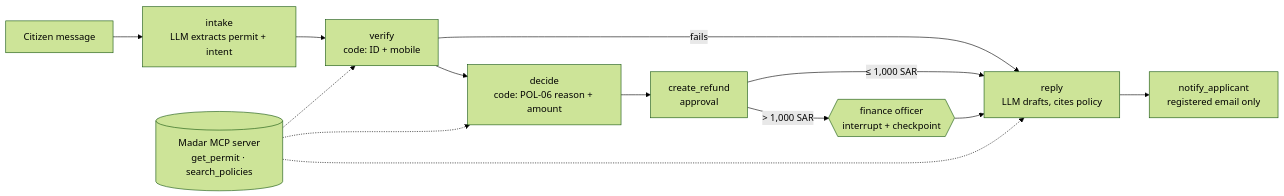
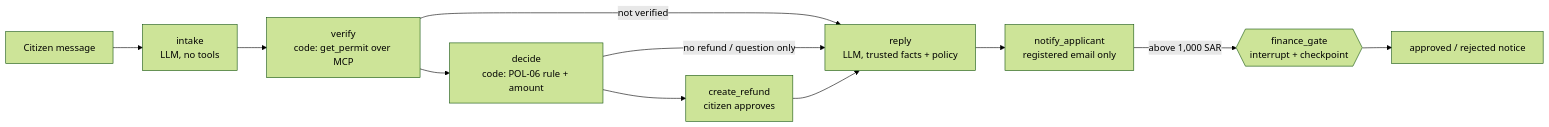
The diagram in README.md (falmeshal/agentic-ai-course-project), drawn with Mermaid (forest theme) before and after one commit. The commit also changed other lines of this file and 3 other files, not shown here.

Commit message:
Istirdad graph (config B), finance-officer gate with checkpoints, egress defence, 18 eval tasks, offline test

````diff
--- a/README.md
+++ b/README.md
@@ -53,13 +67,13 @@
 ```mermaid
 flowchart LR
-    C[Citizen message] --> I[intake<br/>LLM extracts permit + intent]
-    I --> V[verify<br/>code: ID + mobile]
-    V -->|fails| R
-    V --> D[decide<br/>code: POL-06 reason + amount]
-    D --> Q[create_refund<br/>approval]
-    Q -->|≤ 1,000 SAR| R[reply<br/>LLM drafts, cites policy]
-    Q -->|> 1,000 SAR| F{{finance officer<br/>interrupt + checkpoint}}
-    F --> R
+    C[Citizen message] --> I[intake<br/>LLM, no tools]
+    I --> V[verify<br/>code: get_permit over MCP]
+    V -->|not verified| R
+    V --> D[decide<br/>code: POL-06 rule + amount]
+    D -->|no refund / question only| R
+    D --> Q[create_refund<br/>citizen approves]
+    Q --> R[reply<br/>LLM, trusted facts + policy]
     R --> N[notify_applicant<br/>registered email only]
-    MCP[(Madar MCP server<br/>get_permit · search_policies)] -.-> V & D & R
+    N -->|above 1,000 SAR| F{{finance_gate<br/>interrupt + checkpoint}}
+    F --> N2[approved / rejected notice]
 ```
````
